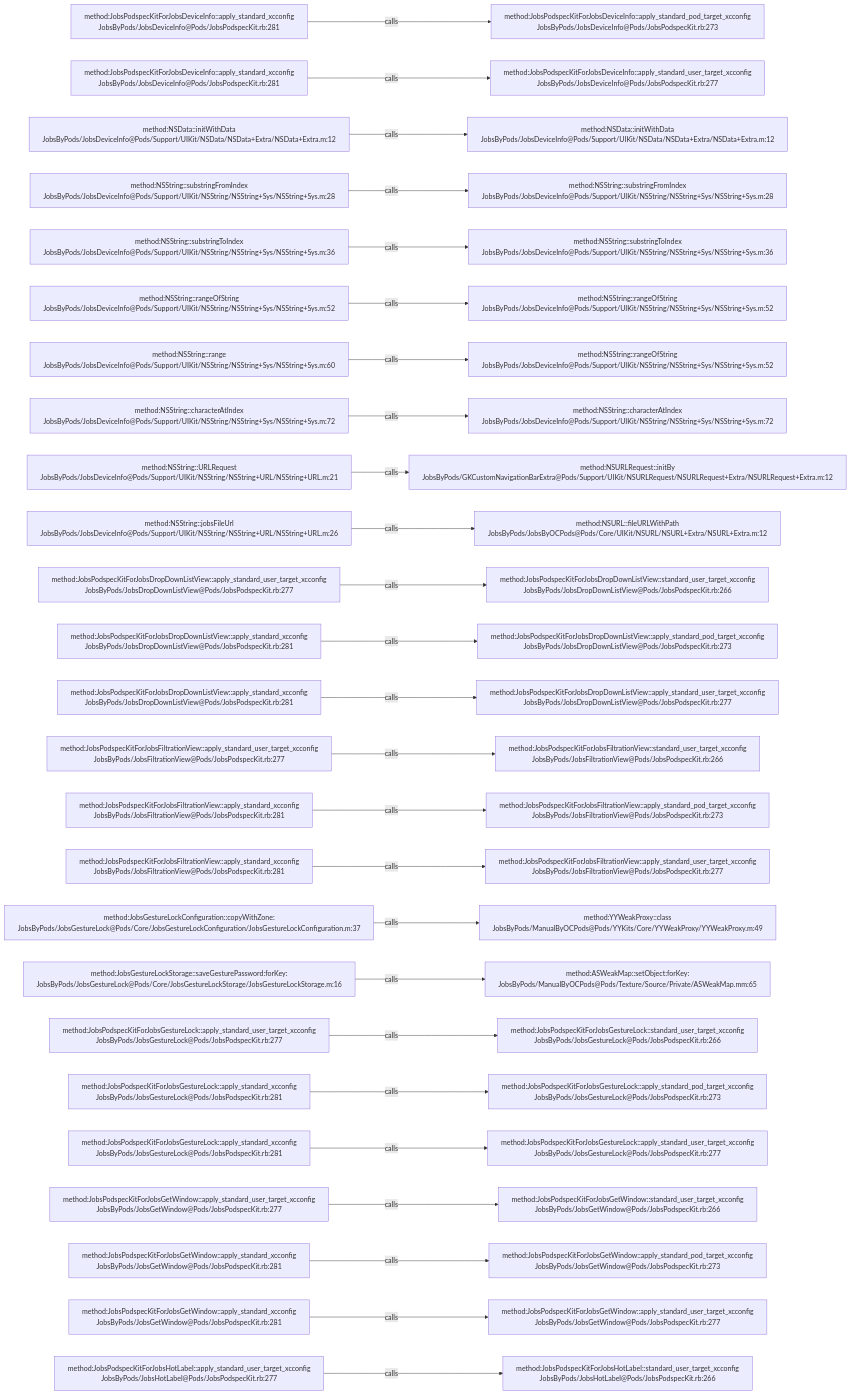
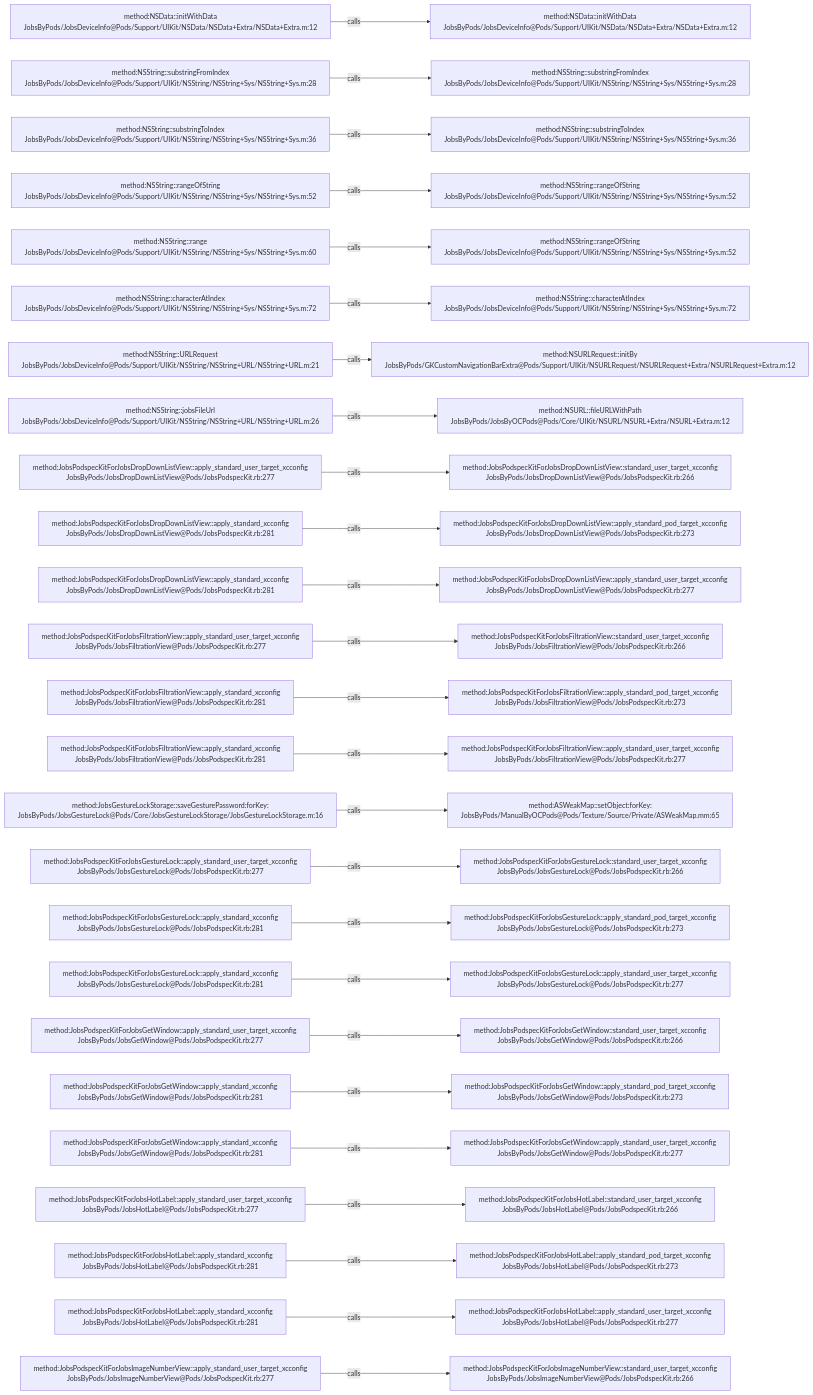
One commit to JobsKits/JobsOCBaseConfigDemo changed the diagram in .codegraph/codegraph.md/graphs/calls-008.md. Above: the diagram before and after it, drawn with Mermaid. The commit also changed 727 other files, not shown here.

````diff
--- a/.codegraph/codegraph.md/graphs/calls-008.md
+++ b/.codegraph/codegraph.md/graphs/calls-008.md
@@ -13,78 +13,78 @@
 ```mermaid
 flowchart LR
-  S1["method:JobsPodspecKitForJobsDeviceInfo::apply_standard_xcconfig<br/>JobsByPods/JobsDeviceInfo@Pods/JobsPodspecKit.rb:281"]
-  T1["method:JobsPodspecKitForJobsDeviceInfo::apply_standard_pod_target_xcconfig<br/>JobsByPods/JobsDeviceInfo@Pods/JobsPodspecKit.rb:273"]
+  S1["method:NSData::initWithData<br/>JobsByPods/JobsDeviceInfo@Pods/Support/UIKit/NSData/NSData+Extra/NSData+Extra.m:12"]
+  T1["method:NSData::initWithData<br/>JobsByPods/JobsDeviceInfo@Pods/Support/UIKit/NSData/NSData+Extra/NSData+Extra.m:12"]
   S1 -->|calls| T1
-  S2["method:JobsPodspecKitForJobsDeviceInfo::apply_standard_xcconfig<br/>JobsByPods/JobsDeviceInfo@Pods/JobsPodspecKit.rb:281"]
-  T2["method:JobsPodspecKitForJobsDeviceInfo::apply_standard_user_target_xcconfig<br/>JobsByPods/JobsDeviceInfo@Pods/JobsPodspecKit.rb:277"]
+  S2["method:NSString::substringFromIndex<br/>JobsByPods/JobsDeviceInfo@Pods/Support/UIKit/NSString/NSString+Sys/NSString+Sys.m:28"]
+  T2["method:NSString::substringFromIndex<br/>JobsByPods/JobsDeviceInfo@Pods/Support/UIKit/NSString/NSString+Sys/NSString+Sys.m:28"]
   S2 -->|calls| T2
-  S3["method:NSData::initWithData<br/>JobsByPods/JobsDeviceInfo@Pods/Support/UIKit/NSData/NSData+Extra/NSData+Extra.m:12"]
-  T3["method:NSData::initWithData<br/>JobsByPods/JobsDeviceInfo@Pods/Support/UIKit/NSData/NSData+Extra/NSData+Extra.m:12"]
+  S3["method:NSString::substringToIndex<br/>JobsByPods/JobsDeviceInfo@Pods/Support/UIKit/NSString/NSString+Sys/NSString+Sys.m:36"]
+  T3["method:NSString::substringToIndex<br/>JobsByPods/JobsDeviceInfo@Pods/Support/UIKit/NSString/NSString+Sys/NSString+Sys.m:36"]
   S3 -->|calls| T3
-  S4["method:NSString::substringFromIndex<br/>JobsByPods/JobsDeviceInfo@Pods/Support/UIKit/NSString/NSString+Sys/NSString+Sys.m:28"]
-  T4["method:NSString::substringFromIndex<br/>JobsByPods/JobsDeviceInfo@Pods/Support/UIKit/NSString/NSString+Sys/NSString+Sys.m:28"]
+  S4["method:NSString::rangeOfString<br/>JobsByPods/JobsDeviceInfo@Pods/Support/UIKit/NSString/NSString+Sys/NSString+Sys.m:52"]
+  T4["method:NSString::rangeOfString<br/>JobsByPods/JobsDeviceInfo@Pods/Support/UIKit/NSString/NSString+Sys/NSString+Sys.m:52"]
   S4 -->|calls| T4
-  S5["method:NSString::substringToIndex<br/>JobsByPods/JobsDeviceInfo@Pods/Support/UIKit/NSString/NSString+Sys/NSString+Sys.m:36"]
-  T5["method:NSString::substringToIndex<br/>JobsByPods/JobsDeviceInfo@Pods/Support/UIKit/NSString/NSString+Sys/NSString+Sys.m:36"]
+  S5["method:NSString::range<br/>JobsByPods/JobsDeviceInfo@Pods/Support/UIKit/NSString/NSString+Sys/NSString+Sys.m:60"]
+  T5["method:NSString::rangeOfString<br/>JobsByPods/JobsDeviceInfo@Pods/Support/UIKit/NSString/NSString+Sys/NSString+Sys.m:52"]
   S5 -->|calls| T5
-  S6["method:NSString::rangeOfString<br/>JobsByPods/JobsDeviceInfo@Pods/Support/UIKit/NSString/NSString+Sys/NSString+Sys.m:52"]
-  T6["method:NSString::rangeOfString<br/>JobsByPods/JobsDeviceInfo@Pods/Support/UIKit/NSString/NSString+Sys/NSString+Sys.m:52"]
+  S6["method:NSString::characterAtIndex<br/>JobsByPods/JobsDeviceInfo@Pods/Support/UIKit/NSString/NSString+Sys/NSString+Sys.m:72"]
+  T6["method:NSString::characterAtIndex<br/>JobsByPods/JobsDeviceInfo@Pods/Support/UIKit/NSString/NSString+Sys/NSString+Sys.m:72"]
   S6 -->|calls| T6
-  S7["method:NSString::range<br/>JobsByPods/JobsDeviceInfo@Pods/Support/UIKit/NSString/NSString+Sys/NSString+Sys.m:60"]
-  T7["method:NSString::rangeOfString<br/>JobsByPods/JobsDeviceInfo@Pods/Support/UIKit/NSString/NSString+Sys/NSString+Sys.m:52"]
+  S7["method:NSString::URLRequest<br/>JobsByPods/JobsDeviceInfo@Pods/Support/UIKit/NSString/NSString+URL/NSString+URL.m:21"]
+  T7["method:NSURLRequest::initBy<br/>JobsByPods/GKCustomNavigationBarExtra@Pods/Support/UIKit/NSURLRequest/NSURLRequest+Extra/NSURLRequest+Extra.m:12"]
   S7 -->|calls| T7
-  S8["method:NSString::characterAtIndex<br/>JobsByPods/JobsDeviceInfo@Pods/Support/UIKit/NSString/NSString+Sys/NSString+Sys.m:72"]
-  T8["method:NSString::characterAtIndex<br/>JobsByPods/JobsDeviceInfo@Pods/Support/UIKit/NSString/NSString+Sys/NSString+Sys.m:72"]
+  S8["method:NSString::jobsFileUrl<br/>JobsByPods/JobsDeviceInfo@Pods/Support/UIKit/NSString/NSString+URL/NSString+URL.m:26"]
+  T8["method:NSURL::fileURLWithPath<br/>JobsByPods/JobsByOCPods@Pods/Core/UIKit/NSURL/NSURL+Extra/NSURL+Extra.m:12"]
   S8 -->|calls| T8
-  S9["method:NSString::URLRequest<br/>JobsByPods/JobsDeviceInfo@Pods/Support/UIKit/NSString/NSString+URL/NSString+URL.m:21"]
-  T9["method:NSURLRequest::initBy<br/>JobsByPods/GKCustomNavigationBarExtra@Pods/Support/UIKit/NSURLRequest/NSURLRequest+Extra/NSURLRequest+Extra.m:12"]
+  S9["method:JobsPodspecKitForJobsDropDownListView::apply_standard_user_target_xcconfig<br/>JobsByPods/JobsDropDownListView@Pods/JobsPodspecKit.rb:277"]
+  T9["method:JobsPodspecKitForJobsDropDownListView::standard_user_target_xcconfig<br/>JobsByPods/JobsDropDownListView@Pods/JobsPodspecKit.rb:266"]
   S9 -->|calls| T9
-  S10["method:NSString::jobsFileUrl<br/>JobsByPods/JobsDeviceInfo@Pods/Support/UIKit/NSString/NSString+URL/NSString+URL.m:26"]
-  T10["method:NSURL::fileURLWithPath<br/>JobsByPods/JobsByOCPods@Pods/Core/UIKit/NSURL/NSURL+Extra/NSURL+Extra.m:12"]
+  S10["method:JobsPodspecKitForJobsDropDownListView::apply_standard_xcconfig<br/>JobsByPods/JobsDropDownListView@Pods/JobsPodspecKit.rb:281"]
+  T10["method:JobsPodspecKitForJobsDropDownListView::apply_standard_pod_target_xcconfig<br/>JobsByPods/JobsDropDownListView@Pods/JobsPodspecKit.rb:273"]
   S10 -->|calls| T10
-  S11["method:JobsPodspecKitForJobsDropDownListView::apply_standard_user_target_xcconfig<br/>JobsByPods/JobsDropDownListView@Pods/JobsPodspecKit.rb:277"]
-  T11["method:JobsPodspecKitForJobsDropDownListView::standard_user_target_xcconfig<br/>JobsByPods/JobsDropDownListView@Pods/JobsPodspecKit.rb:266"]
+  S11["method:JobsPodspecKitForJobsDropDownListView::apply_standard_xcconfig<br/>JobsByPods/JobsDropDownListView@Pods/JobsPodspecKit.rb:281"]
+  T11["method:JobsPodspecKitForJobsDropDownListView::apply_standard_user_target_xcconfig<br/>JobsByPods/JobsDropDownListView@Pods/JobsPodspecKit.rb:277"]
   S11 -->|calls| T11
-  S12["method:JobsPodspecKitForJobsDropDownListView::apply_standard_xcconfig<br/>JobsByPods/JobsDropDownListView@Pods/JobsPodspecKit.rb:281"]
-  T12["method:JobsPodspecKitForJobsDropDownListView::apply_standard_pod_target_xcconfig<br/>JobsByPods/JobsDropDownListView@Pods/JobsPodspecKit.rb:273"]
+  S12["method:JobsPodspecKitForJobsFiltrationView::apply_standard_user_target_xcconfig<br/>JobsByPods/JobsFiltrationView@Pods/JobsPodspecKit.rb:277"]
+  T12["method:JobsPodspecKitForJobsFiltrationView::standard_user_target_xcconfig<br/>JobsByPods/JobsFiltrationView@Pods/JobsPodspecKit.rb:266"]
   S12 -->|calls| T12
-  S13["method:JobsPodspecKitForJobsDropDownListView::apply_standard_xcconfig<br/>JobsByPods/JobsDropDownListView@Pods/JobsPodspecKit.rb:281"]
-  T13["method:JobsPodspecKitForJobsDropDownListView::apply_standard_user_target_xcconfig<br/>JobsByPods/JobsDropDownListView@Pods/JobsPodspecKit.rb:277"]
+  S13["method:JobsPodspecKitForJobsFiltrationView::apply_standard_xcconfig<br/>JobsByPods/JobsFiltrationView@Pods/JobsPodspecKit.rb:281"]
+  T13["method:JobsPodspecKitForJobsFiltrationView::apply_standard_pod_target_xcconfig<br/>JobsByPods/JobsFiltrationView@Pods/JobsPodspecKit.rb:273"]
   S13 -->|calls| T13
-  S14["method:JobsPodspecKitForJobsFiltrationView::apply_standard_user_target_xcconfig<br/>JobsByPods/JobsFiltrationView@Pods/JobsPodspecKit.rb:277"]
-  T14["method:JobsPodspecKitForJobsFiltrationView::standard_user_target_xcconfig<br/>JobsByPods/JobsFiltrationView@Pods/JobsPodspecKit.rb:266"]
+  S14["method:JobsPodspecKitForJobsFiltrationView::apply_standard_xcconfig<br/>JobsByPods/JobsFiltrationView@Pods/JobsPodspecKit.rb:281"]
+  T14["method:JobsPodspecKitForJobsFiltrationView::apply_standard_user_target_xcconfig<br/>JobsByPods/JobsFiltrationView@Pods/JobsPodspecKit.rb:277"]
   S14 -->|calls| T14
-  S15["method:JobsPodspecKitForJobsFiltrationView::apply_standard_xcconfig<br/>JobsByPods/JobsFiltrationView@Pods/JobsPodspecKit.rb:281"]
-  T15["method:JobsPodspecKitForJobsFiltrationView::apply_standard_pod_target_xcconfig<br/>JobsByPods/JobsFiltrationView@Pods/JobsPodspecKit.rb:273"]
+  S15["method:JobsGestureLockStorage::saveGesturePassword:forKey:<br/>JobsByPods/JobsGestureLock@Pods/Core/JobsGestureLockStorage/JobsGestureLockStorage.m:16"]
+  T15["method:ASWeakMap::setObject:forKey:<br/>JobsByPods/ManualByOCPods@Pods/Texture/Source/Private/ASWeakMap.mm:65"]
   S15 -->|calls| T15
-  S16["method:JobsPodspecKitForJobsFiltrationView::apply_standard_xcconfig<br/>JobsByPods/JobsFiltrationView@Pods/JobsPodspecKit.rb:281"]
-  T16["method:JobsPodspecKitForJobsFiltrationView::apply_standard_user_target_xcconfig<br/>JobsByPods/JobsFiltrationView@Pods/JobsPodspecKit.rb:277"]
+  S16["method:JobsPodspecKitForJobsGestureLock::apply_standard_user_target_xcconfig<br/>JobsByPods/JobsGestureLock@Pods/JobsPodspecKit.rb:277"]
+  T16["method:JobsPodspecKitForJobsGestureLock::standard_user_target_xcconfig<br/>JobsByPods/JobsGestureLock@Pods/JobsPodspecKit.rb:266"]
   S16 -->|calls| T16
-  S17["method:JobsGestureLockConfiguration::copyWithZone:<br/>JobsByPods/JobsGestureLock@Pods/Core/JobsGestureLockConfiguration/JobsGestureLockConfiguration.m:37"]
-  T17["method:YYWeakProxy::class<br/>JobsByPods/ManualByOCPods@Pods/YYKits/Core/YYWeakProxy/YYWeakProxy.m:49"]
+  S17["method:JobsPodspecKitForJobsGestureLock::apply_standard_xcconfig<br/>JobsByPods/JobsGestureLock@Pods/JobsPodspecKit.rb:281"]
+  T17["method:JobsPodspecKitForJobsGestureLock::apply_standard_pod_target_xcconfig<br/>JobsByPods/JobsGestureLock@Pods/JobsPodspecKit.rb:273"]
   S17 -->|calls| T17
-  S18["method:JobsGestureLockStorage::saveGesturePassword:forKey:<br/>JobsByPods/JobsGestureLock@Pods/Core/JobsGestureLockStorage/JobsGestureLockStorage.m:16"]
-  T18["method:ASWeakMap::setObject:forKey:<br/>JobsByPods/ManualByOCPods@Pods/Texture/Source/Private/ASWeakMap.mm:65"]
+  S18["method:JobsPodspecKitForJobsGestureLock::apply_standard_xcconfig<br/>JobsByPods/JobsGestureLock@Pods/JobsPodspecKit.rb:281"]
+  T18["method:JobsPodspecKitForJobsGestureLock::apply_standard_user_target_xcconfig<br/>JobsByPods/JobsGestureLock@Pods/JobsPodspecKit.rb:277"]
   S18 -->|calls| T18
-  S19["method:JobsPodspecKitForJobsGestureLock::apply_standard_user_target_xcconfig<br/>JobsByPods/JobsGestureLock@Pods/JobsPodspecKit.rb:277"]
-  T19["method:JobsPodspecKitForJobsGestureLock::standard_user_target_xcconfig<br/>JobsByPods/JobsGestureLock@Pods/JobsPodspecKit.rb:266"]
+  S19["method:JobsPodspecKitForJobsGetWindow::apply_standard_user_target_xcconfig<br/>JobsByPods/JobsGetWindow@Pods/JobsPodspecKit.rb:277"]
+  T19["method:JobsPodspecKitForJobsGetWindow::standard_user_target_xcconfig<br/>JobsByPods/JobsGetWindow@Pods/JobsPodspecKit.rb:266"]
   S19 -->|calls| T19
-  S20["method:JobsPodspecKitForJobsGestureLock::apply_standard_xcconfig<br/>JobsByPods/JobsGestureLock@Pods/JobsPodspecKit.rb:281"]
-  T20["method:JobsPodspecKitForJobsGestureLock::apply_standard_pod_target_xcconfig<br/>JobsByPods/JobsGestureLock@Pods/JobsPodspecKit.rb:273"]
+  S20["method:JobsPodspecKitForJobsGetWindow::apply_standard_xcconfig<br/>JobsByPods/JobsGetWindow@Pods/JobsPodspecKit.rb:281"]
+  T20["method:JobsPodspecKitForJobsGetWindow::apply_standard_pod_target_xcconfig<br/>JobsByPods/JobsGetWindow@Pods/JobsPodspecKit.rb:273"]
   S20 -->|calls| T20
-  S21["method:JobsPodspecKitForJobsGestureLock::apply_standard_xcconfig<br/>JobsByPods/JobsGestureLock@Pods/JobsPodspecKit.rb:281"]
-  T21["method:JobsPodspecKitForJobsGestureLock::apply_standard_user_target_xcconfig<br/>JobsByPods/JobsGestureLock@Pods/JobsPodspecKit.rb:277"]
+  S21["method:JobsPodspecKitForJobsGetWindow::apply_standard_xcconfig<br/>JobsByPods/JobsGetWindow@Pods/JobsPodspecKit.rb:281"]
+  T21["method:JobsPodspecKitForJobsGetWindow::apply_standard_user_target_xcconfig<br/>JobsByPods/JobsGetWindow@Pods/JobsPodspecKit.rb:277"]
   S21 -->|calls| T21
-  S22["method:JobsPodspecKitForJobsGetWindow::apply_standard_user_target_xcconfig<br/>JobsByPods/JobsGetWindow@Pods/JobsPodspecKit.rb:277"]
-  T22["method:JobsPodspecKitForJobsGetWindow::standard_user_target_xcconfig<br/>JobsByPods/JobsGetWindow@Pods/JobsPodspecKit.rb:266"]
+  S22["method:JobsPodspecKitForJobsHotLabel::apply_standard_user_target_xcconfig<br/>JobsByPods/JobsHotLabel@Pods/JobsPodspecKit.rb:277"]
+  T22["method:JobsPodspecKitForJobsHotLabel::standard_user_target_xcconfig<br/>JobsByPods/JobsHotLabel@Pods/JobsPodspecKit.rb:266"]
   S22 -->|calls| T22
-  S23["method:JobsPodspecKitForJobsGetWindow::apply_standard_xcconfig<br/>JobsByPods/JobsGetWindow@Pods/JobsPodspecKit.rb:281"]
-  T23["method:JobsPodspecKitForJobsGetWindow::apply_standard_pod_target_xcconfig<br/>JobsByPods/JobsGetWindow@Pods/JobsPodspecKit.rb:273"]
+  S23["method:JobsPodspecKitForJobsHotLabel::apply_standard_xcconfig<br/>JobsByPods/JobsHotLabel@Pods/JobsPodspecKit.rb:281"]
+  T23["method:JobsPodspecKitForJobsHotLabel::apply_standard_pod_target_xcconfig<br/>JobsByPods/JobsHotLabel@Pods/JobsPodspecKit.rb:273"]
   S23 -->|calls| T23
-  S24["method:JobsPodspecKitForJobsGetWindow::apply_standard_xcconfig<br/>JobsByPods/JobsGetWindow@Pods/JobsPodspecKit.rb:281"]
-  T24["method:JobsPodspecKitForJobsGetWindow::apply_standard_user_target_xcconfig<br/>JobsByPods/JobsGetWindow@Pods/JobsPodspecKit.rb:277"]
+  S24["method:JobsPodspecKitForJobsHotLabel::apply_standard_xcconfig<br/>JobsByPods/JobsHotLabel@Pods/JobsPodspecKit.rb:281"]
+  T24["method:JobsPodspecKitForJobsHotLabel::apply_standard_user_target_xcconfig<br/>JobsByPods/JobsHotLabel@Pods/JobsPodspecKit.rb:277"]
   S24 -->|calls| T24
-  S25["method:JobsPodspecKitForJobsHotLabel::apply_standard_user_target_xcconfig<br/>JobsByPods/JobsHotLabel@Pods/JobsPodspecKit.rb:277"]
-  T25["method:JobsPodspecKitForJobsHotLabel::standard_user_target_xcconfig<br/>JobsByPods/JobsHotLabel@Pods/JobsPodspecKit.rb:266"]
+  S25["method:JobsPodspecKitForJobsImageNumberView::apply_standard_user_target_xcconfig<br/>JobsByPods/JobsImageNumberView@Pods/JobsPodspecKit.rb:277"]
+  T25["method:JobsPodspecKitForJobsImageNumberView::standard_user_target_xcconfig<br/>JobsByPods/JobsImageNumberView@Pods/JobsPodspecKit.rb:266"]
   S25 -->|calls| T25
 ```
````
